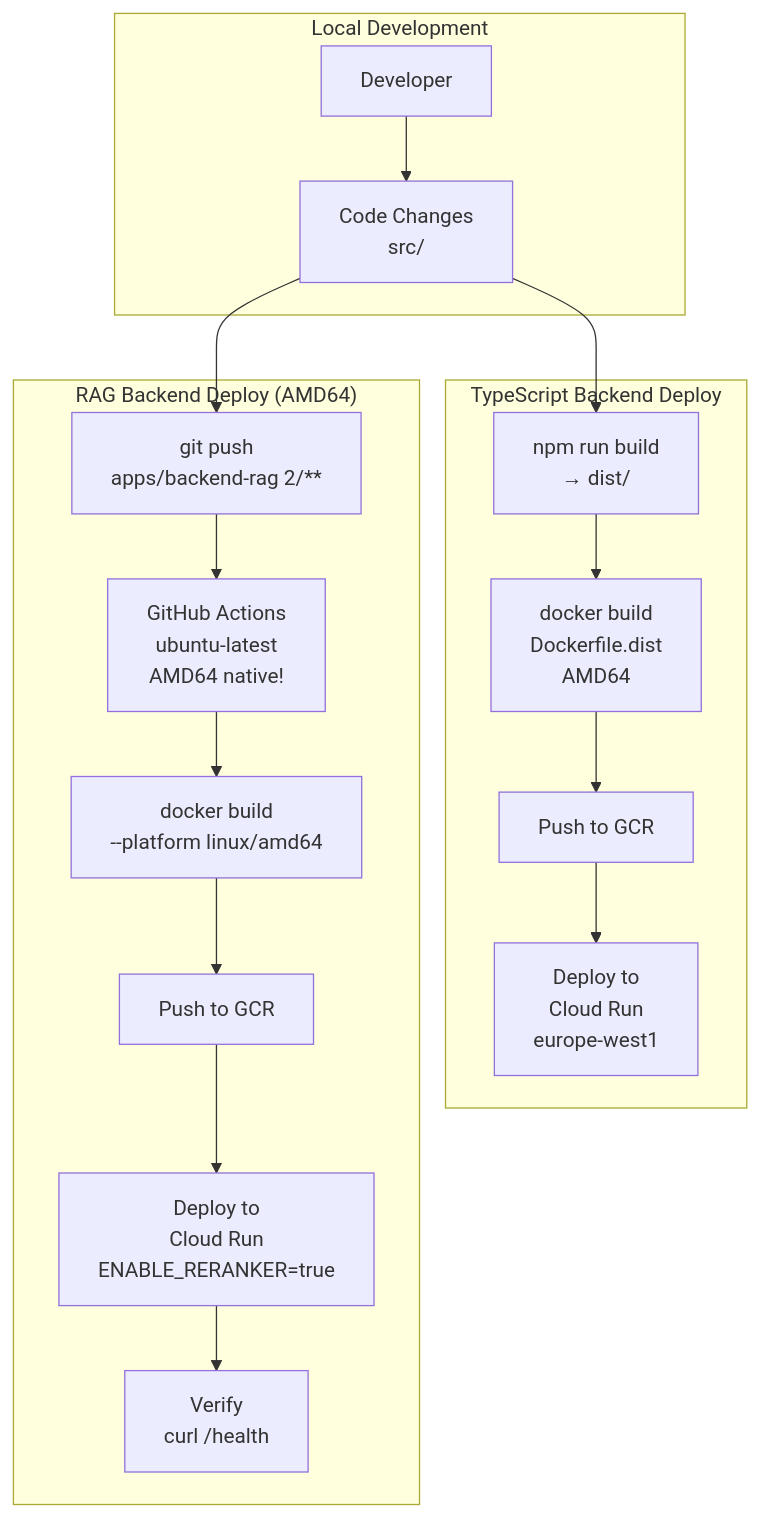
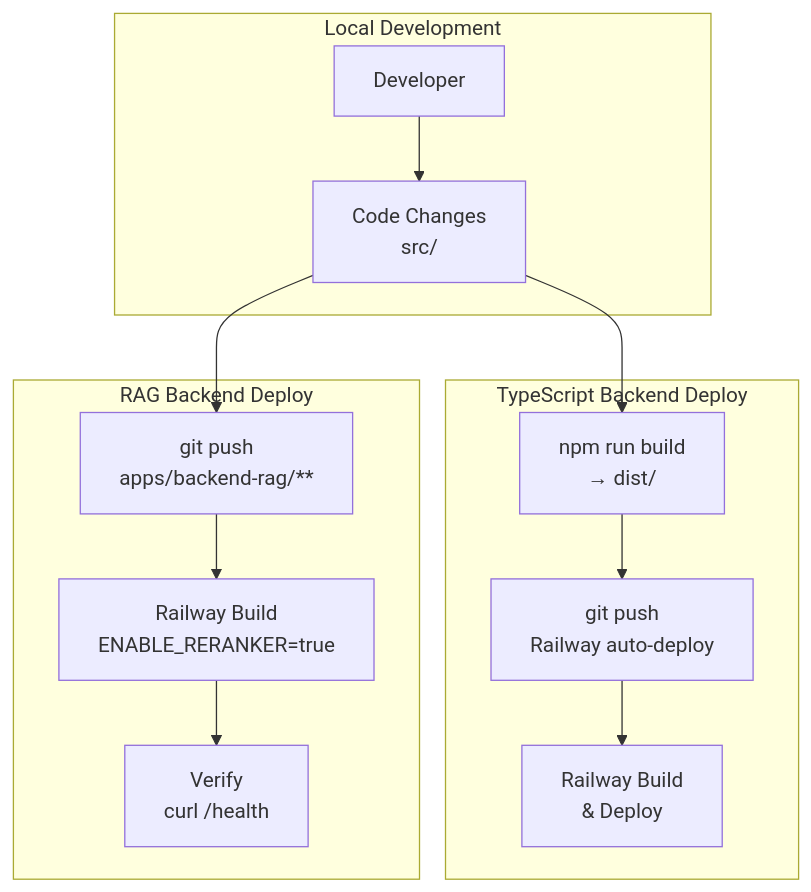
One commit to Balizero1987/nuzantara changed the fourth of 4 diagrams in docs/ARCHITECTURE.md. Above: the diagram before and after it, drawn with Mermaid. The commit also changed other lines of this file and 1220 other files, not shown here.

````diff
--- a/docs/ARCHITECTURE.md
+++ b/docs/ARCHITECTURE.md
@@ -483,36 +482,28 @@
 ```mermaid
 graph TB
     subgraph "Local Development"
         Dev[Developer]
         Code[Code Changes<br/>src/]
     end
 
     subgraph "TypeScript Backend Deploy"
         Build1[npm run build<br/>→ dist/]
-        Docker1[docker build<br/>Dockerfile.dist<br/>AMD64]
-        GCR1[Push to GCR]
-        CR1[Deploy to<br/>Cloud Run<br/>europe-west1]
+        Push1[git push<br/>Railway auto-deploy]
+        Railway1[Railway Build<br/>& Deploy]
     end
 
-    subgraph "RAG Backend Deploy (AMD64)"
-        Push[git push<br/>apps/backend-rag 2/**]
-        GHA[GitHub Actions<br/>ubuntu-latest<br/>AMD64 native!]
-        Docker2[docker build<br/>--platform linux/amd64]
-        GCR2[Push to GCR]
-        CR2[Deploy to<br/>Cloud Run<br/>ENABLE_RERANKER=true]
+    subgraph "RAG Backend Deploy"
+        Push2[git push<br/>apps/backend-rag/**]
+        Railway2[Railway Build<br/>ENABLE_RERANKER=true]
         Verify[Verify<br/>curl /health]
     end
 
     Dev --> Code
     Code --> Build1
-    Build1 --> Docker1
-    Docker1 --> GCR1
-    GCR1 --> CR1
+    Build1 --> Push1
+    Push1 --> Railway1
 
-    Code --> Push
-    Push --> GHA
-    GHA --> Docker2
-    Docker2 --> GCR2
-    GCR2 --> CR2
-    CR2 --> Verify
+    Code --> Push2
+    Push2 --> Railway2
+    Railway2 --> Verify
 ```
````
